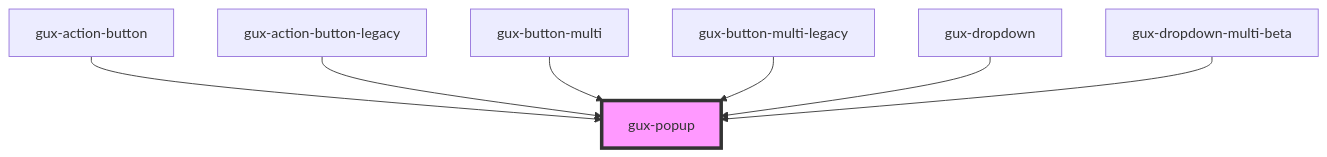
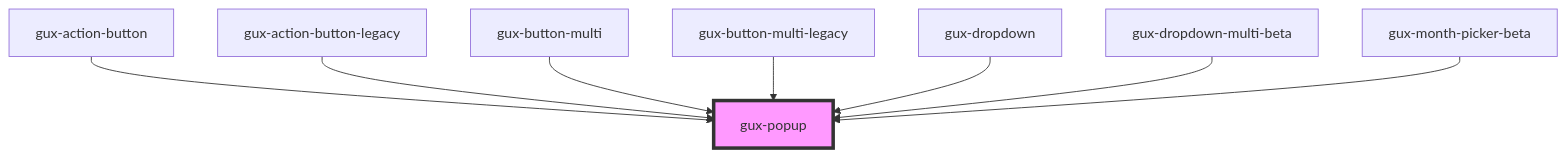
Before and after one commit to MyPureCloud/genesys-spark: the diagram in src/components/stable/gux-popup/readme.md, drawn with Mermaid. The commit also changed other lines of this file and 72 other files, not shown here.

Commit message:
feat(gux-month-picker): created month picker component

````diff
--- a/src/components/stable/gux-popup/readme.md
+++ b/src/components/stable/gux-popup/readme.md
@@ -36,10 +37,11 @@
 ```mermaid
 graph TD;
   gux-action-button --> gux-popup
   gux-action-button-legacy --> gux-popup
   gux-button-multi --> gux-popup
   gux-button-multi-legacy --> gux-popup
   gux-dropdown --> gux-popup
   gux-dropdown-multi-beta --> gux-popup
+  gux-month-picker-beta --> gux-popup
   style gux-popup fill:#f9f,stroke:#333,stroke-width:4px
 ```
````
